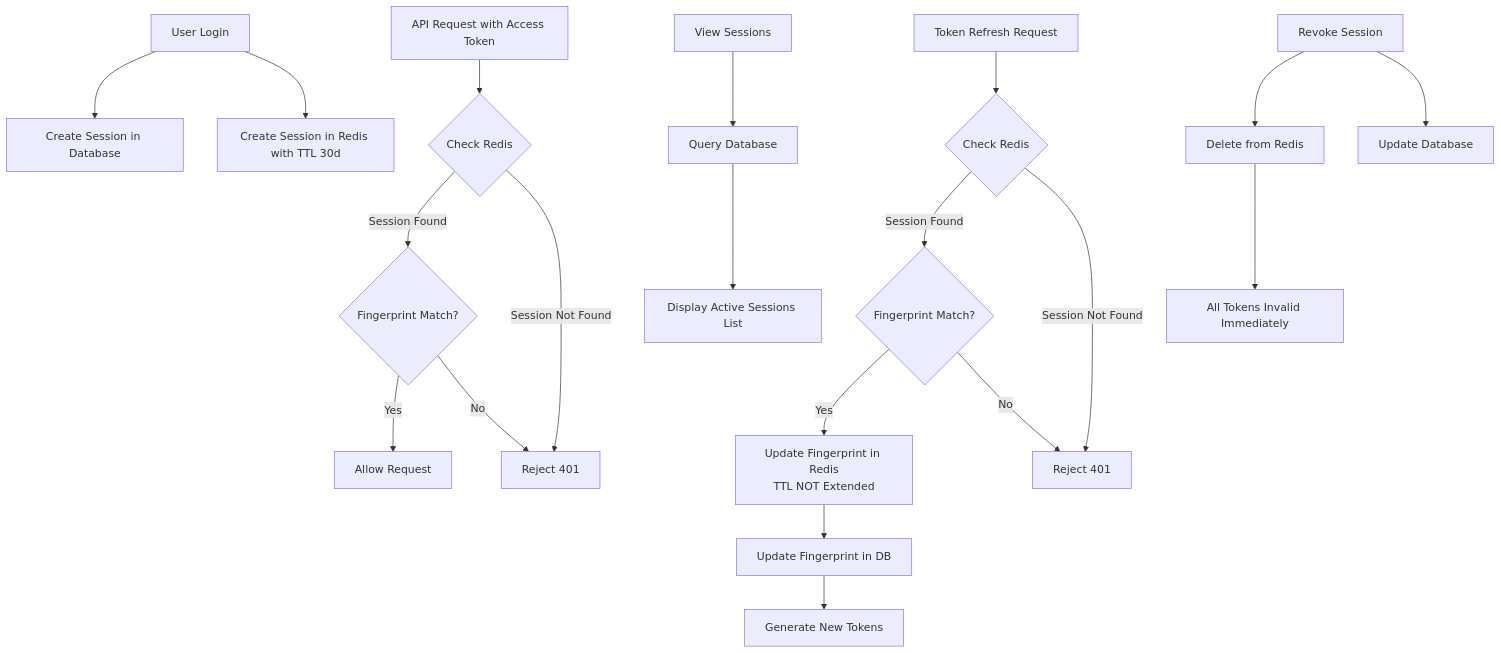
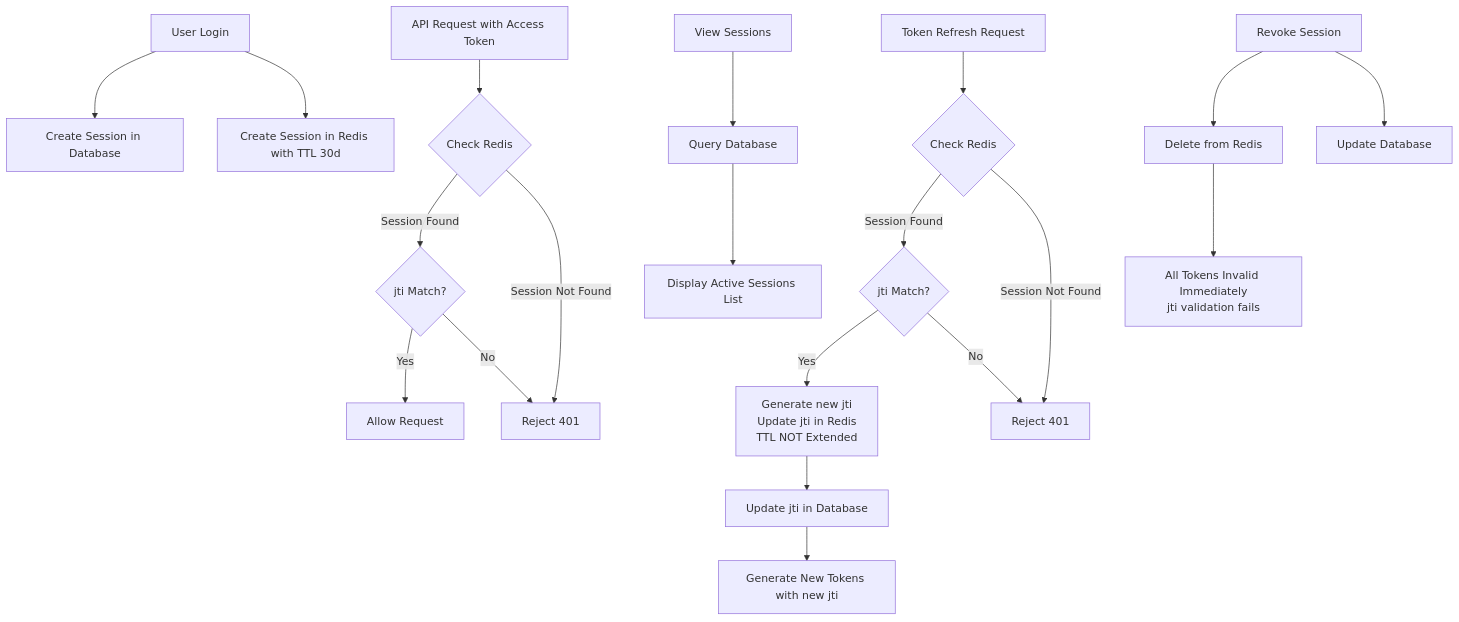
One commit to fedi-dayeg/complete-nestjs-boilerplate changed the sixth of 7 diagrams in docs/authentication.md. Above: the diagram before and after it, drawn with Mermaid. The commit also changed other lines of this file, not shown here.

````diff
--- a/docs/authentication.md
+++ b/docs/authentication.md
@@ -992,30 +1004,29 @@
 ```mermaid
 graph TB
     A[User Login] --> B[Create Session in Database]
     A --> C[Create Session in Redis with TTL 30d]
     
     D[API Request with Access Token] --> E{Check Redis}
-    E -->|Session Found| F{Fingerprint Match?}
+    E -->|Session Found| F{jti Match?}
     E -->|Session Not Found| G[Reject 401]
     
     F -->|Yes| H[Allow Request]
     F -->|No| G
     
     I[Token Refresh Request] --> J{Check Redis}
-    J -->|Session Found| K{Fingerprint Match?}
+    J -->|Session Found| K{jti Match?}
     J -->|Session Not Found| L[Reject 401]
-    
-    K -->|Yes| M[Update Fingerprint in Redis<br/>TTL NOT Extended]
+
+    K -->|Yes| M[Generate new jti<br/>Update jti in Redis<br/>TTL NOT Extended]
     K -->|No| L
-    
-    M --> N[Update Fingerprint in DB]
 
-    N --> O[Generate New Tokens]
+    M --> N[Update jti in Database]
+    N --> O[Generate New Tokens with new jti]
     
     P[View Sessions] --> Q[Query Database]
     Q --> R[Display Active Sessions List]
     
     T[Revoke Session] --> U[Delete from Redis]
     T --> S[Update Database]
-    U --> V[All Tokens Invalid Immediately]
+    U --> V[All Tokens Invalid Immediately<br/>jti validation fails]
 ```
````
